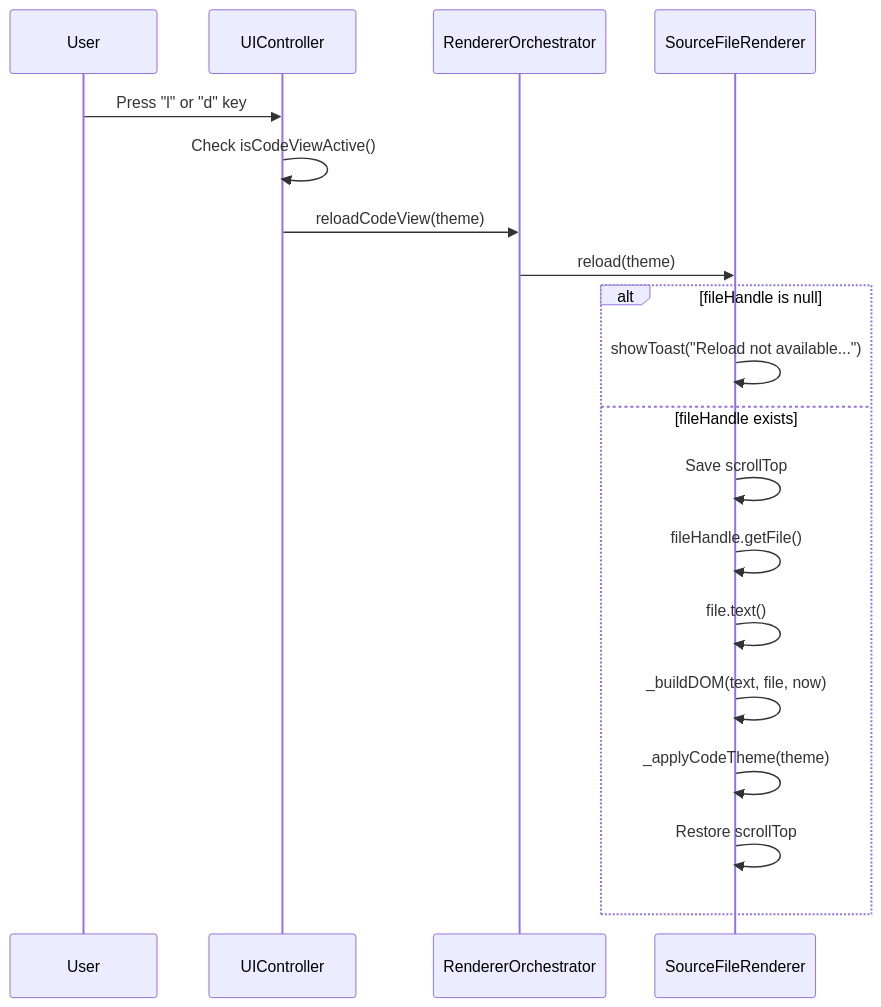
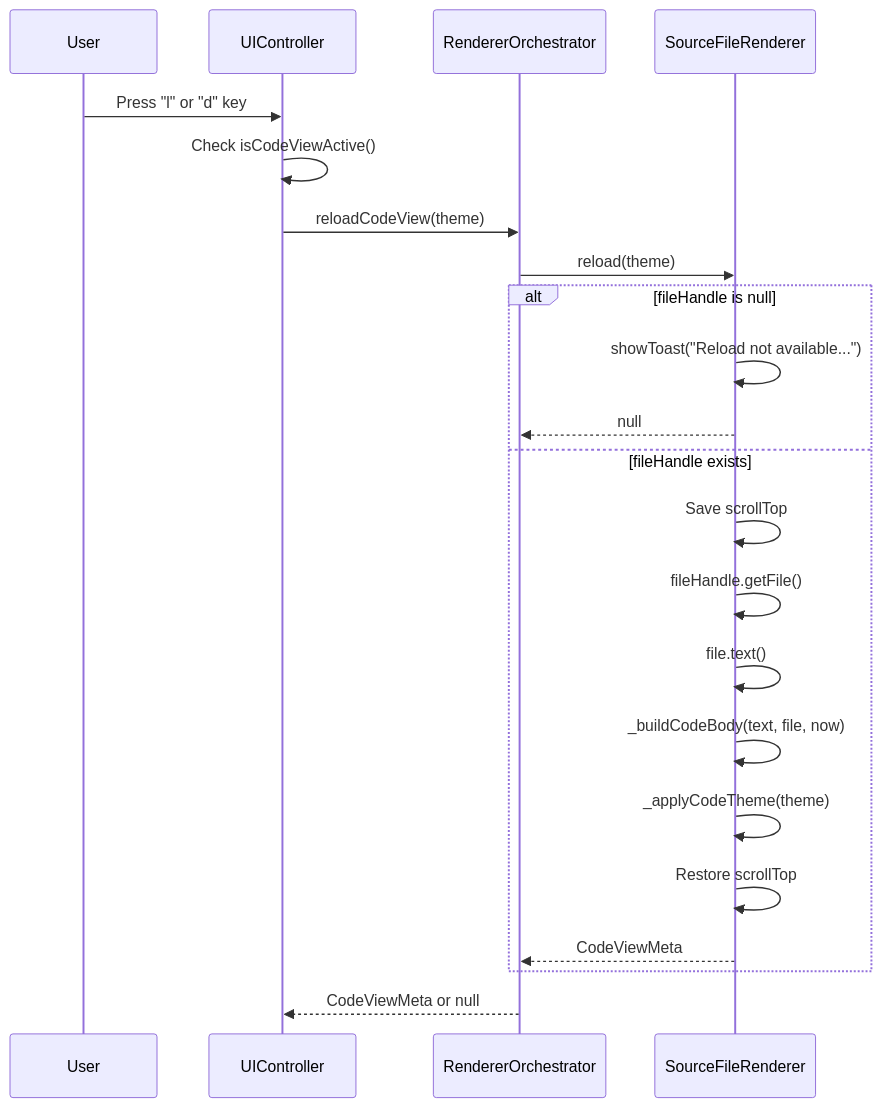
Before and after one commit to GoodRelax/gr-simple-md-renderer: the seventh of 10 diagrams in spec/grsmd_gen2_spec_ja.md, drawn with Mermaid. The commit also changed other lines of this file and 13 other files, not shown here.

````diff
--- a/spec/grsmd_gen2_spec_ja.md
+++ b/spec/grsmd_gen2_spec_ja.md
@@ -636,22 +684,25 @@
 ```mermaid
 sequenceDiagram
     participant User
     participant UIController
     participant RendererOrchestrator
     participant SourceFileRenderer
 
     User->>UIController : Press "l" or "d" key
     UIController->>UIController : Check isCodeViewActive()
     UIController->>RendererOrchestrator : reloadCodeView(theme)
     RendererOrchestrator->>SourceFileRenderer : reload(theme)
     alt fileHandle is null
         SourceFileRenderer->>SourceFileRenderer : showToast("Reload not available...")
+        SourceFileRenderer-->>RendererOrchestrator : null
     else fileHandle exists
         SourceFileRenderer->>SourceFileRenderer : Save scrollTop
         SourceFileRenderer->>SourceFileRenderer : fileHandle.getFile()
         SourceFileRenderer->>SourceFileRenderer : file.text()
-        SourceFileRenderer->>SourceFileRenderer : _buildDOM(text, file, now)
+        SourceFileRenderer->>SourceFileRenderer : _buildCodeBody(text, file, now)
         SourceFileRenderer->>SourceFileRenderer : _applyCodeTheme(theme)
         SourceFileRenderer->>SourceFileRenderer : Restore scrollTop
+        SourceFileRenderer-->>RendererOrchestrator : CodeViewMeta
     end
+    RendererOrchestrator-->>UIController : CodeViewMeta or null
 ```
````
